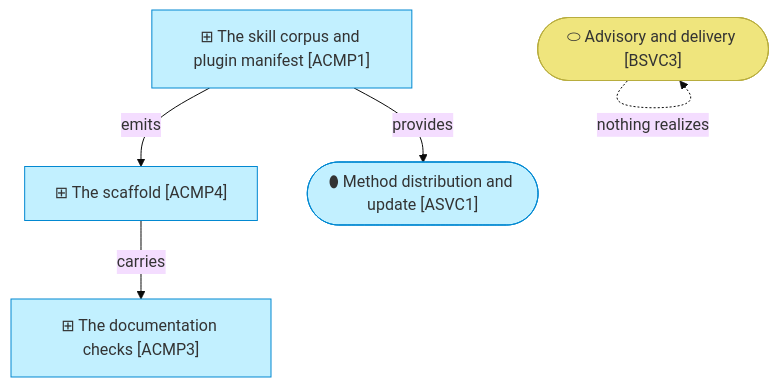
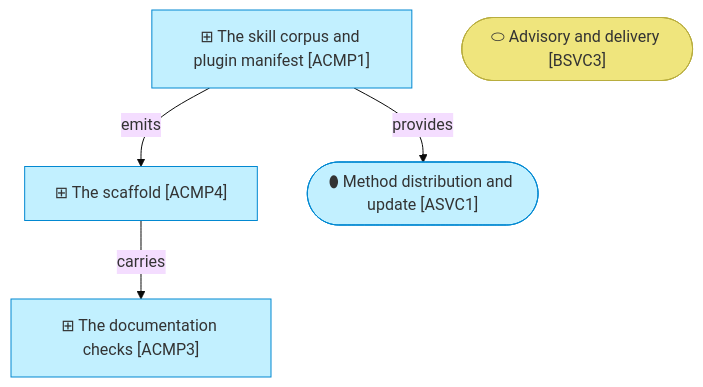
One commit to roanboc/architecture-archreator changed the diagram in org-archreator/architecture/4_application/README.md. Above: the diagram before and after it, drawn with Mermaid (base theme). The commit also changed other lines of this file and 23 other files, not shown here.

````diff
--- a/org-archreator/architecture/4_application/README.md
+++ b/org-archreator/architecture/4_application/README.md
@@ -35,16 +35,15 @@
 ```mermaid
 flowchart TB
   acmp1["⊞ The skill corpus and plugin manifest [ACMP1]"]:::application
   acmp4["⊞ The scaffold [ACMP4]"]:::application
   acmp3["⊞ The documentation checks [ACMP3]"]:::application
   asvc1(["⬮ Method distribution and update [ASVC1]"]):::application
   bsvc3(["⬭ Advisory and delivery [BSVC3]"]):::business
 
   acmp1 -->|emits| acmp4
   acmp4 -->|carries| acmp3
   acmp1 -->|provides| asvc1
-  bsvc3 -.->|nothing realizes| bsvc3
 
   classDef application fill:#c2f0ff,stroke:#0288d1,color:#333
   classDef business fill:#efe57d,stroke:#b8ad3f,color:#333
 ```
````
